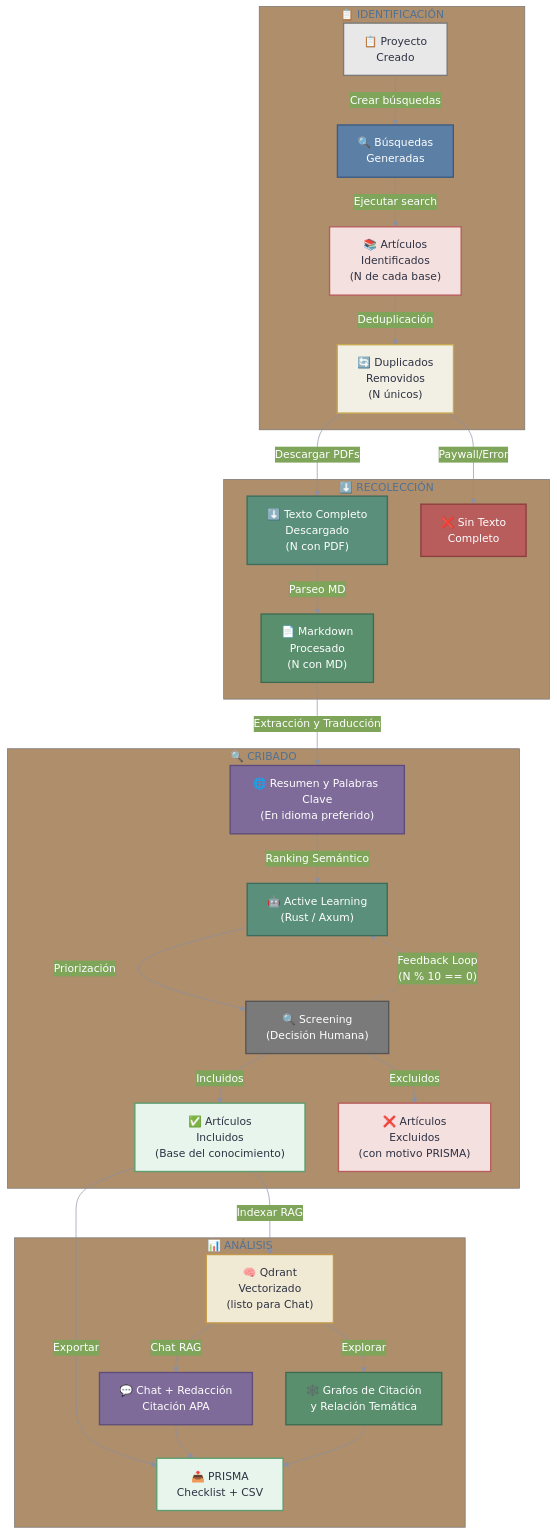
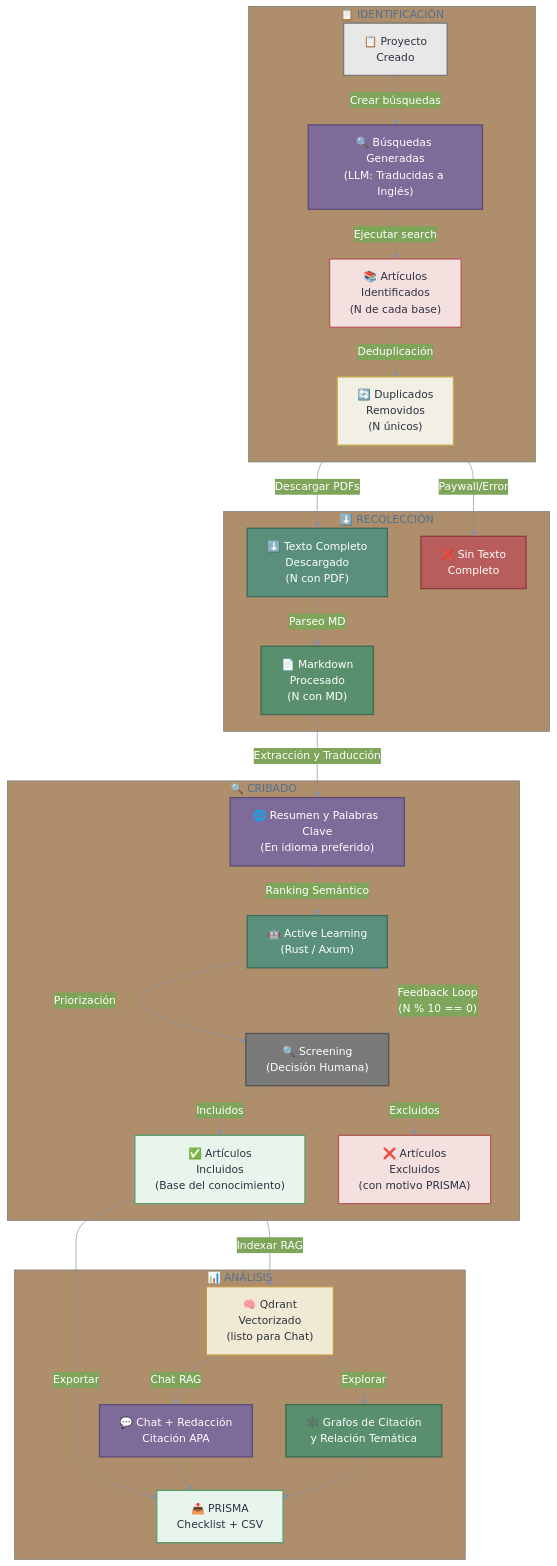
Diagram 13 of 13 in docs/architecture/arquitectura.md (AlexPrietoRomani/AgriSearch), drawn with Mermaid before and after one commit. The commit also changed other lines of this file, not shown here.

Commit message:
docs: actualizar diagramas de arquitectura para reflejar traducción forzada a inglés

````diff
--- a/docs/architecture/arquitectura.md
+++ b/docs/architecture/arquitectura.md
@@ -1022,54 +978,54 @@
 ```mermaid
 %%{init: {'theme': 'base', 'themeVariables': {'primaryColor': '#5b7fa5', 'primaryTextColor': '#fff', 'lineColor': '#8b8fa3', 'textColor': '#2d3142'}}}%%
 graph TD
     classDef frontend fill:#5b7fa5,stroke:#3d5a80,color:#ffffff,stroke-width:2px
     classDef backend fill:#5a8f7b,stroke:#3d6b5e,color:#ffffff,stroke-width:2px
     classDef llm fill:#7e6b99,stroke:#5e4d7a,color:#ffffff,stroke-width:2px
     classDef database fill:#c49a4a,stroke:#9c7a30,color:#ffffff,stroke-width:2px
     classDef external fill:#b85c5c,stroke:#8c3e3e,color:#ffffff,stroke-width:2px
     classDef user fill:#7a7a7a,stroke:#555555,color:#ffffff,stroke-width:2px
     classDef success fill:#5a9e6f,stroke:#3d7a4f,color:#ffffff,stroke-width:2px
     classDef warning fill:#c9a94e,stroke:#9c8230,color:#ffffff,stroke-width:2px
     classDef error fill:#b85c5c,stroke:#8c3e3e,color:#ffffff,stroke-width:2px
     classDef parser_odl fill:#4a7ab5,stroke:#345a8a,color:#ffffff,stroke-width:2px
     classDef parser_mit fill:#7b6199,stroke:#5c4577,color:#ffffff,stroke-width:2px
     classDef common fill:#5a8f6e,stroke:#3d6b52,color:#ffffff,stroke-width:2px
 
     subgraph F1 ["📋 IDENTIFICACIÓN"]
-        A["📋 Proyecto<br/>Creado"]:::user -->|"Crear búsquedas"| B["🔍 Búsquedas<br/>Generadas"]:::frontend
+        A["📋 Proyecto<br/>Creado"]:::user -->|"Crear búsquedas"| B["🔍 Búsquedas Generadas<br/>(LLM: Traducidas a Inglés)"]:::llm
         B -->|"Ejecutar search"| C["📚 Artículos<br/>Identificados<br/>(N de cada base)"]:::external
         C -->|"Deduplicación"| D["🔄 Duplicados<br/>Removidos<br/>(N únicos)"]:::warning
     end
 
     subgraph F2 ["⬇️ RECOLECCIÓN"]
         D -->|"Descargar PDFs"| E["⬇️ Texto Completo<br/>Descargado<br/>(N con PDF)"]:::backend
         D -->|"Paywall/Error"| F["❌ Sin Texto<br/>Completo"]:::error
         E -->|"Parseo MD"| G["📄 Markdown<br/>Procesado<br/>(N con MD)"]:::common
     end
 
     subgraph F3 ["🔍 CRIBADO"]
         G -->|"Extracción y Traducción"| G2["🌐 Resumen y Palabras Clave<br/>(En idioma preferido)"]:::llm
         G2 -->|"Ranking Semántico"| AL["🤖 Active Learning<br/>(Rust / Axum)"]:::backend
         AL -->|"Priorización"| H["🔍 Screening<br/>(Decisión Humana)"]:::user
         H -->|"Incluidos"| I["✅ Artículos<br/>Incluidos<br/>(Base del conocimiento)"]:::success
         H -->|"Excluidos"| J["❌ Artículos<br/>Excluidos<br/>(con motivo PRISMA)"]:::error
         H -.->|"Feedback Loop<br/>(N % 10 == 0)"| AL
     end
 
     subgraph F4 ["📊 ANÁLISIS"]
         I -->|"Indexar RAG"| K["🧠 Qdrant<br/>Vectorizado<br/>(listo para Chat)"]:::database
         K -->|"Chat RAG"| L["💬 Chat + Redacción<br/>Citación APA"]:::llm
         K -->|"Explorar"| M["🕸️ Grafos de Citación<br/>y Relación Temática"]:::common
         I -->|"Exportar"| N["📤 PRISMA<br/>Checklist + CSV"]:::success
         L --> N
         M --> N
     end
 
     style A fill:#e8e8e8,stroke:#7a7a7a,stroke-width:2px,color:#2d3142
     style C fill:#f5e0e0,stroke:#b85c5c,stroke-width:2px,color:#2d3142
     style D fill:#f2efe5,stroke:#c9a94e,stroke-width:2px,color:#2d3142
     style I fill:#e8f5ed,stroke:#5a9e6f,stroke-width:2px,color:#2d3142
     style J fill:#f5e0e0,stroke:#b85c5c,stroke-width:2px,color:#2d3142
     style K fill:#f0ead5,stroke:#c49a4a,stroke-width:2px,color:#2d3142
     style N fill:#e8f5ed,stroke:#5a9e6f,stroke-width:2px,color:#2d3142
 ```
````
